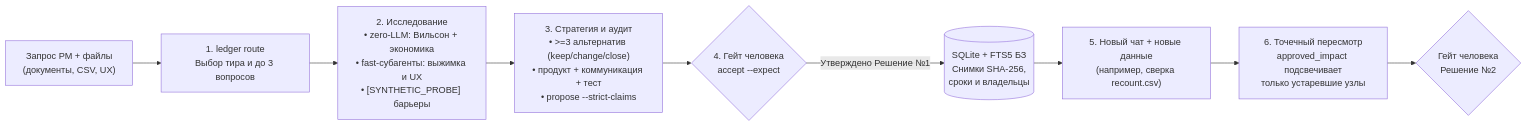
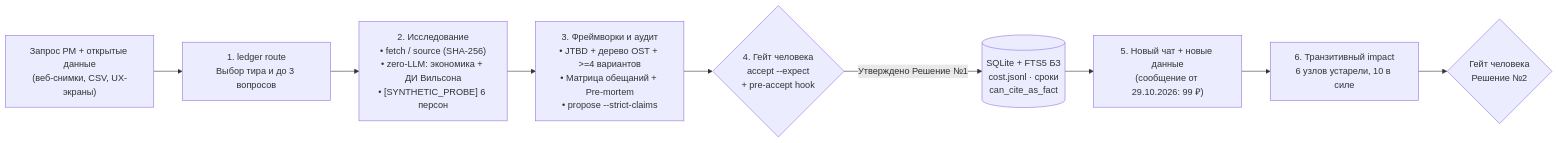
One commit to artemmalanin979-create/decision-ledger changed the diagram in README.md. Above: the diagram before and after it, drawn with Mermaid. The commit also changed other lines of this file and 30 other files, not shown here.

````diff
--- a/README.md
+++ b/README.md
@@ -35,11 +47,11 @@
 ```mermaid
 flowchart LR
-    Req["Запрос PM + файлы\n(документы, CSV, UX)"] --> Route["1. ledger route\nВыбор тира и до 3 вопросов"]
-    Route --> Research["2. Исследование\n• zero-LLM: Вильсон + экономика\n• fast-субагенты: выжимка и UX\n• [SYNTHETIC_PROBE] барьеры"]
-    Research --> Guard["3. Стратегия и аудит\n• >=3 альтернатив (keep/change/close)\n• продукт + коммуникация + тест\n• propose --strict-claims"]
-    Guard --> Gate{"4. Гейт человека\naccept --expect <sha>"}
-    Gate -->|Утверждено Решение №1| Store[("SQLite + FTS5 БЗ\nСнимки SHA-256,\nсроки и владельцы")]
-    Store --> NewChat["5. Новый чат + новые данные\n(например, сверка recount.csv)"]
-    NewChat --> Impact["6. Точечный пересмотр\napproved_impact подсвечивает\nтолько устаревшие узлы"]
+    Req["Запрос PM + открытые данные\n(веб-снимки, CSV, UX-экраны)"] --> Route["1. ledger route\nВыбор тира и до 3 вопросов"]
+    Route --> Research["2. Исследование\n• fetch / source (SHA-256)\n• zero-LLM: экономика + ДИ Вильсона\n• [SYNTHETIC_PROBE] 6 персон"]
+    Research --> Method["3. Фреймворки и аудит\n• JTBD + дерево OST + >=4 вариантов\n• Матрица обещаний + Pre-mortem\n• propose --strict-claims"]
+    Method --> Gate{"4. Гейт человека\naccept --expect <sha>\n+ pre-accept hook"}
+    Gate -->|Утверждено Решение №1| Store[("SQLite + FTS5 БЗ\ncost.jsonl · сроки\ncan_cite_as_fact")]
+    Store --> NewChat["5. Новый чат + новые данные\n(сообщение от 29.10.2026: 99 ₽)"]
+    NewChat --> Impact["6. Транзитивный impact\n6 узлов устарели, 10 в силе"]
     Impact --> Gate2{"Гейт человека\nРешение №2"}
 ```
````
